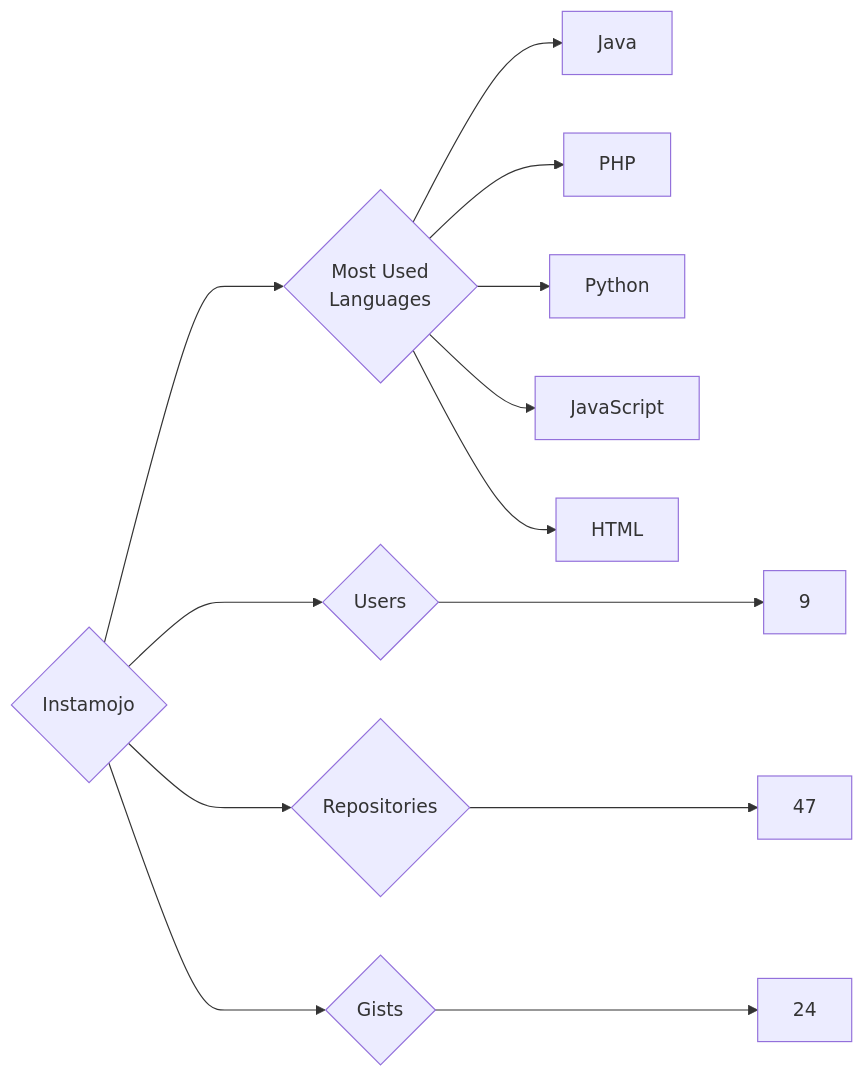
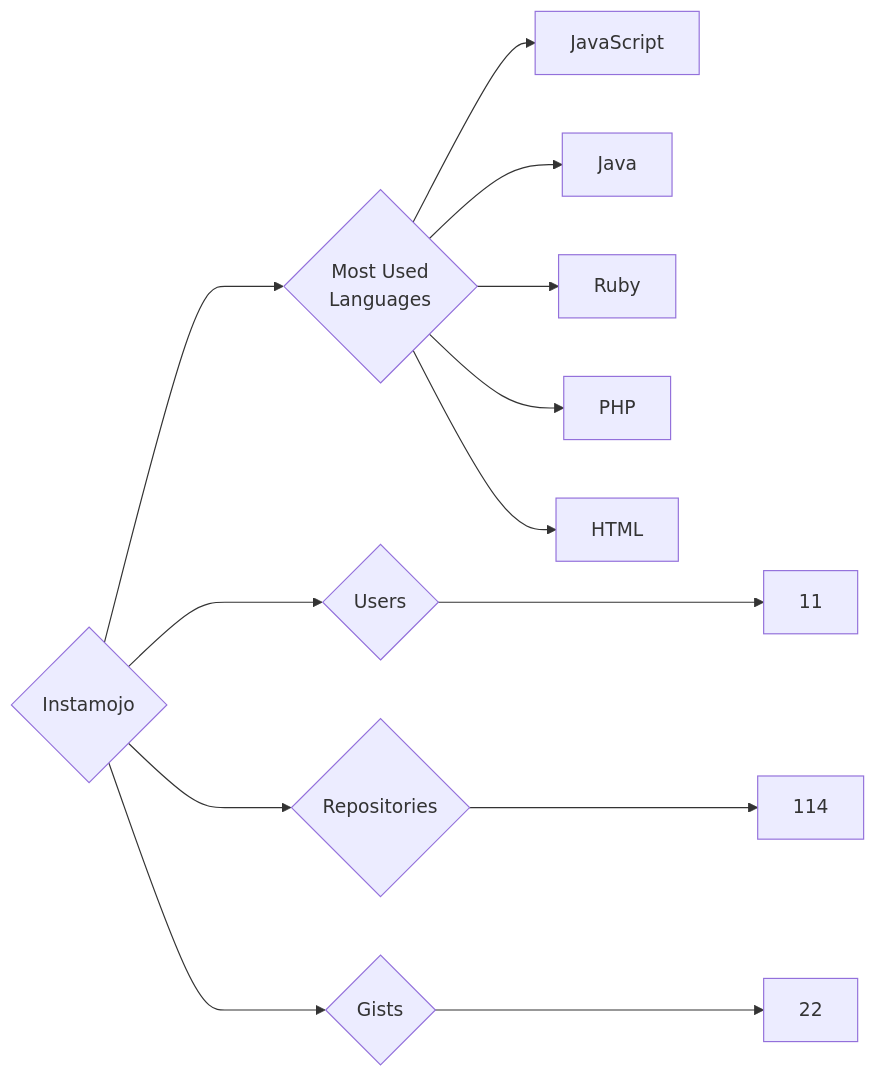
Before and after one commit to trickest/insiders: the diagram in targets/Instamojo/README.md, drawn with Mermaid. The commit also changed 1123 other files, not shown here.

````diff
--- a/targets/Instamojo/README.md
+++ b/targets/Instamojo/README.md
@@ -3,13 +3,13 @@
 ```mermaid
 graph LR
 COMPANY_NAME{Instamojo}
-COMPANY_NAME ---> U{Users} ---> UN[9]
-COMPANY_NAME ---> R{Repositories} ---> RN[47]
-COMPANY_NAME ---> G{Gists} ---> GN[24]
+COMPANY_NAME ---> U{Users} ---> UN[11]
+COMPANY_NAME ---> R{Repositories} ---> RN[114]
+COMPANY_NAME ---> G{Gists} ---> GN[22]
 COMPANY_NAME ---> ML{Most Used<br>Languages}
+ML --> JavaScript[JavaScript]
 ML --> Java[Java]
+ML --> Ruby[Ruby]
 ML --> PHP[PHP]
-ML --> Python[Python]
-ML --> JavaScript[JavaScript]
 ML --> HTML[HTML]
 ```
````
